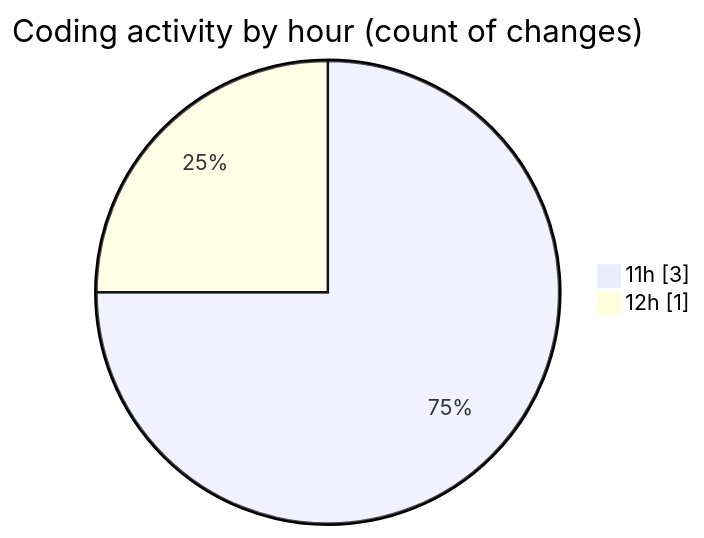
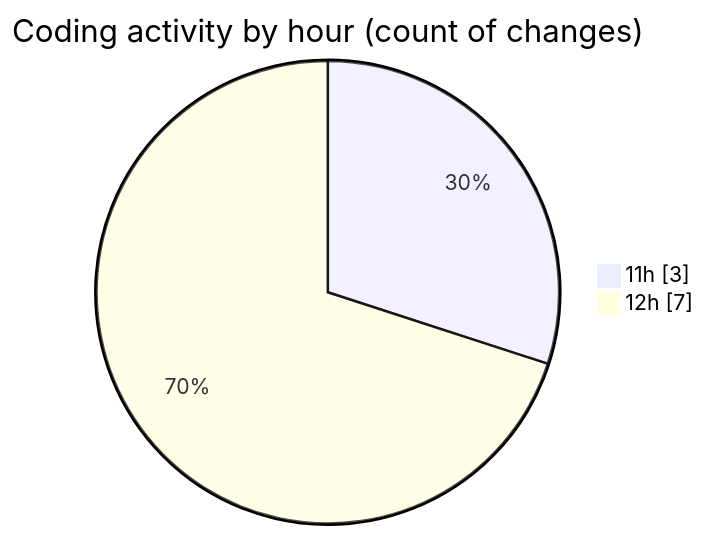
The second of 2 diagrams in 2025-06-03/nxtqube_webapp/README.md (nxtqubesakshisongat/code-tracking), drawn with Mermaid before and after one commit. The commit also changed other lines of this file and 1 other file, not shown here.

````diff
--- a/2025-06-03/nxtqube_webapp/README.md
+++ b/2025-06-03/nxtqube_webapp/README.md
@@ -28,6 +28,6 @@
 ```mermaid
 pie showData
 title Coding activity by hour (count of changes)
 "11h" : 3
-"12h" : 1
+"12h" : 7
 ```
````
